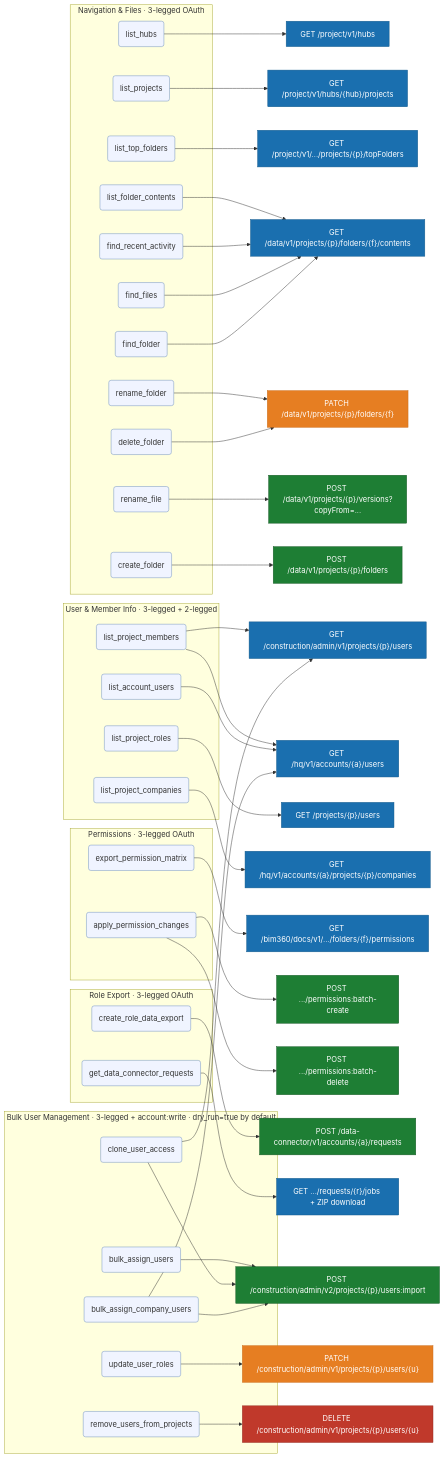
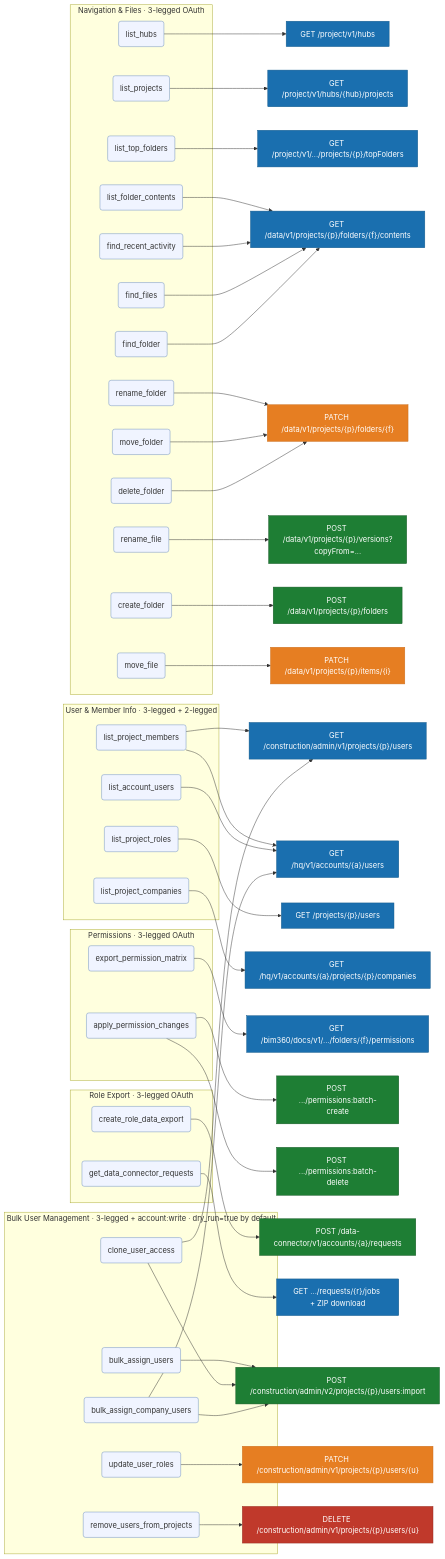
Before and after one commit to lfcastel/Forma-MCP: the diagram in README.md, drawn with Mermaid. The commit also changed other lines of this file and 3 other files, not shown here.

First line of the commit message:
Add move_file and move_folder tools

````diff
--- a/README.md
+++ b/README.md
@@ -181,6 +183,8 @@
         T20(rename_folder)
         T21(rename_file)
         T22(create_folder)
+        T25(move_file)
+        T26(move_folder)
         T5(find_recent_activity)
         T6(find_files)
         T23(find_folder)
@@ -231,6 +235,7 @@
     E17["PATCH /data/v1/projects/{p}/folders/{f}"]
     E18["POST /data/v1/projects/{p}/versions?copyFrom=..."]
     E19["POST /data/v1/projects/{p}/folders"]
+    E20["PATCH /data/v1/projects/{p}/items/{i}"]
 
     T1 --> E1
     T2 --> E2
@@ -239,6 +244,8 @@
     T20 --> E17
     T21 --> E18
     T22 --> E19
+    T25 --> E20
+    T26 --> E17
     T5 --> E4
     T6 --> E4
     T23 --> E4
@@ -265,9 +272,9 @@
     T19 --> E6
     T19 --> E14
 
-    class T1,T2,T3,T4,T5,T6,T7,T8,T9,T10,T11,T12,T13,T14,T15,T16,T17,T18,T19,T20,T21,T22,T23,T24 tool
+    class T1,T2,T3,T4,T5,T6,T7,T8,T9,T10,T11,T12,T13,T14,T15,T16,T17,T18,T19,T20,T21,T22,T23,T24,T25,T26 tool
     class E1,E2,E3,E4,E5,E6,E7,E8,E9,E13 get
     class E10,E11,E12,E14,E18,E19 post
-    class E15,E17 patch
+    class E15,E17,E20 patch
     class E16 del
 ```
````
